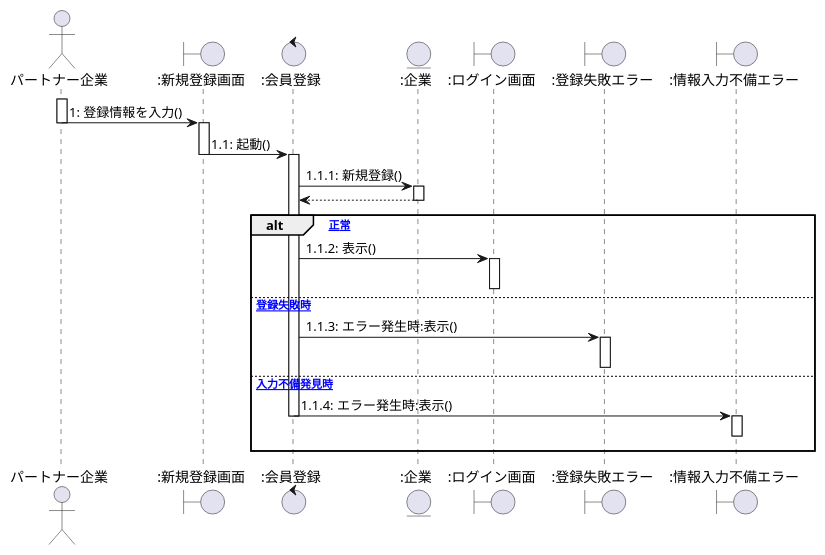
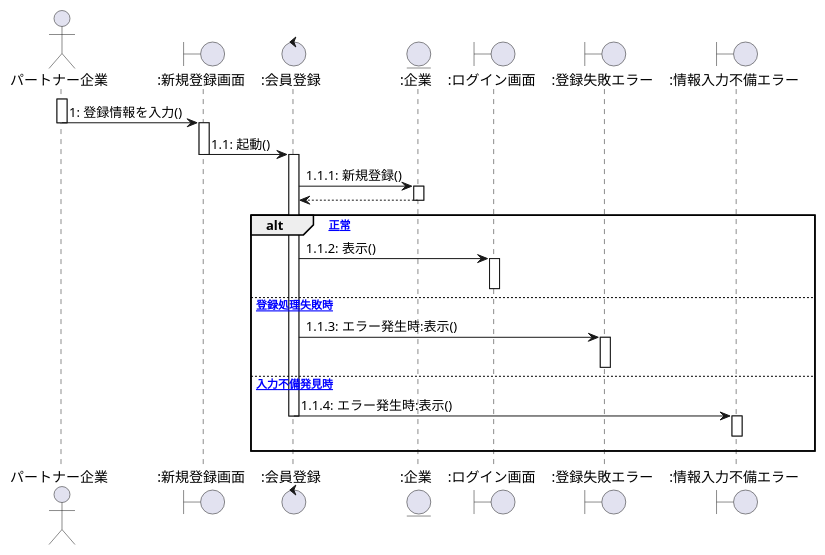
One commit to ksw2270227/GroupF changed the first of 10 diagrams in client_sequence.plantuml. Above: the diagram before and after it, drawn with PlantUML. The commit also changed other lines of this file and 1 other file, not shown here.

```diff
--- a/client_sequence.plantuml
+++ b/client_sequence.plantuml
@@ -1,43 +1,43 @@
 @startuml 新規登録
 
 actor パートナー企業 as 0
 Boundary ":新規登録画面" as a
 Control ":会員登録" as b
 Entity ":企業" as c
 Boundary ":ログイン画面" as d
 Boundary ":登録失敗エラー" as e
 Boundary ":情報入力不備エラー" as f
 
 
 activate 0
     0 -> a :1: 登録情報を入力()
 deactivate 0
 
 activate a
     a -> b :1.1: 起動()
 deactivate a
 
 activate b
     b -> c :1.1.1: 新規登録()
 activate c
     b <-- c
 deactivate c
 
 alt [正常]
     b -> d :1.1.2: 表示()
 activate d
 deactivate d
-else [登録失敗時]
+else [登録処理失敗時]
     b -> e :1.1.3: エラー発生時:表示()
 activate e
 deactivate e
 else [入力不備発見時]
     b -> f :1.1.4: エラー発生時:表示()
 deactivate b
 activate f
 f -[hidden]-> f
 deactivate f
 end
 
 
 @enduml
```
